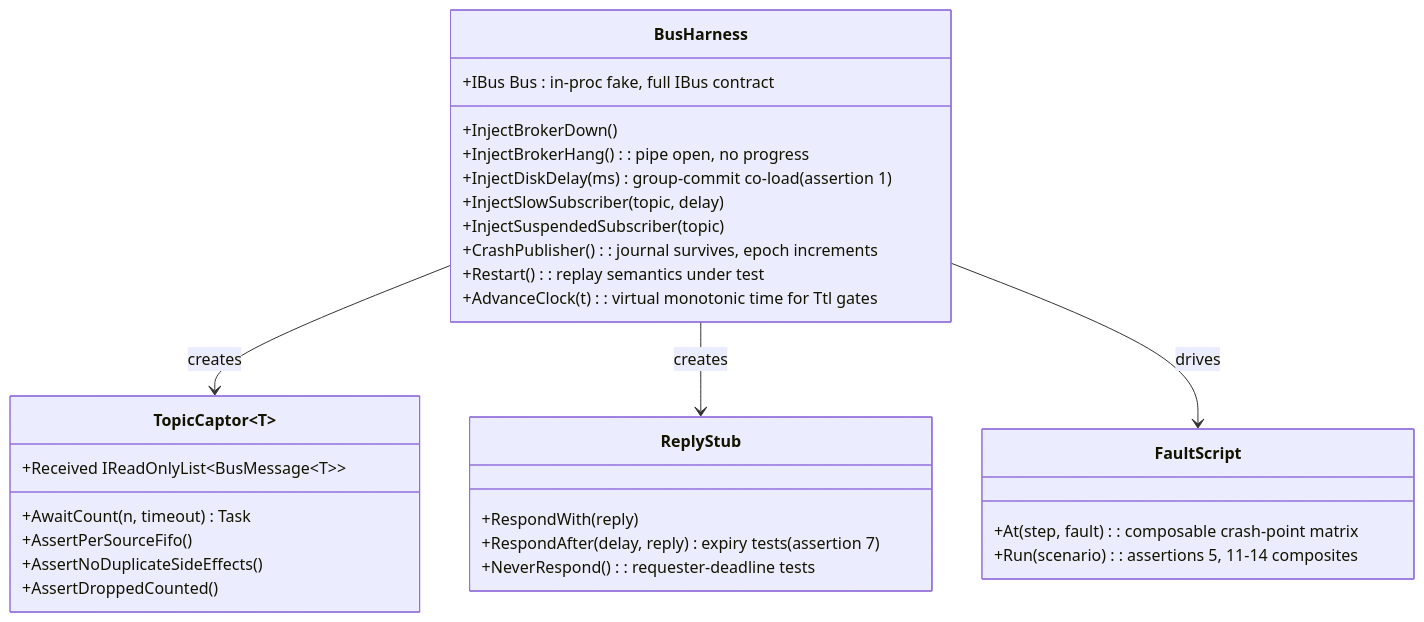
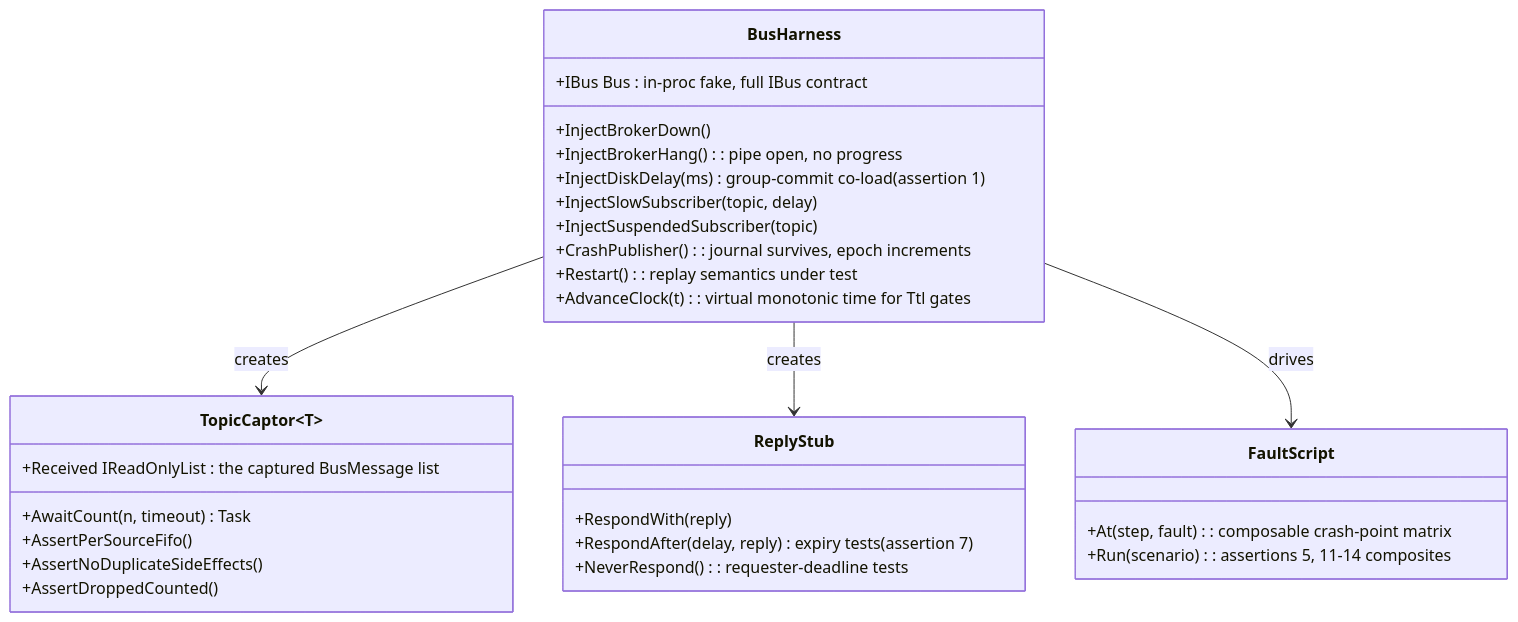
Before and after one commit to amitA-camtek/bus_gateway: the third of 3 diagrams in stage/06-bus-implementation.md, drawn with Mermaid. The commit also changed other lines of this file and 20 other files, not shown here.

````diff
--- a/stage/06-bus-implementation.md
+++ b/stage/06-bus-implementation.md
@@ -375,33 +397,33 @@
 ```mermaid
 classDiagram
     class BusHarness {
         +IBus Bus : in-proc fake, full IBus contract
         +InjectBrokerDown()
         +InjectBrokerHang() : pipe open, no progress
         +InjectDiskDelay(ms) : group-commit co-load (assertion 1)
         +InjectSlowSubscriber(topic, delay)
         +InjectSuspendedSubscriber(topic)
         +CrashPublisher() : journal survives, epoch increments
         +Restart() : replay semantics under test
         +AdvanceClock(t) : virtual monotonic time for Ttl gates
     }
     class TopicCaptor~T~ {
-        +Received IReadOnlyList~BusMessage~T~~
+        +Received IReadOnlyList : the captured BusMessage list
         +AwaitCount(n, timeout) Task
         +AssertPerSourceFifo()
         +AssertNoDuplicateSideEffects()
         +AssertDroppedCounted()
     }
     class ReplyStub {
         +RespondWith(reply)
         +RespondAfter(delay, reply) : expiry tests (assertion 7)
         +NeverRespond() : requester-deadline tests
     }
     class FaultScript {
         +At(step, fault) : composable crash-point matrix
         +Run(scenario) : assertions 5, 11-14 composites
     }
     BusHarness --> TopicCaptor~T~ : creates
     BusHarness --> ReplyStub : creates
     BusHarness --> FaultScript : drives
 ```
````
